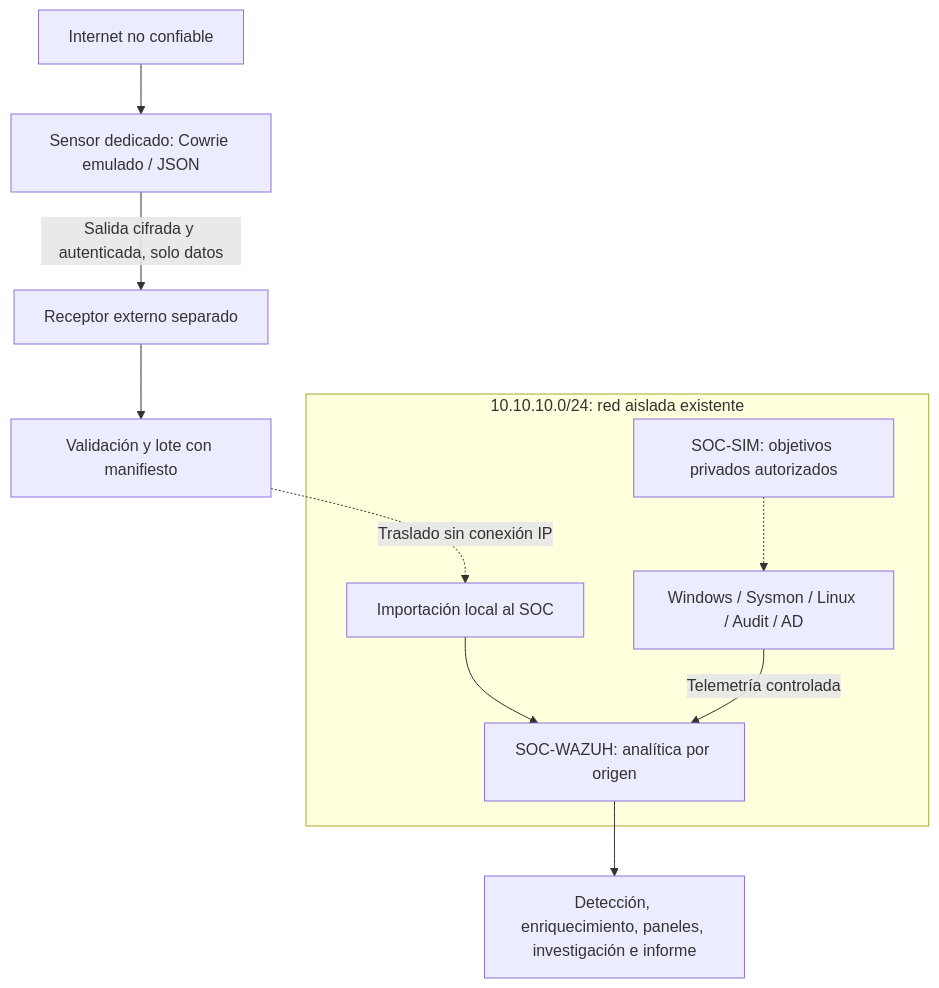
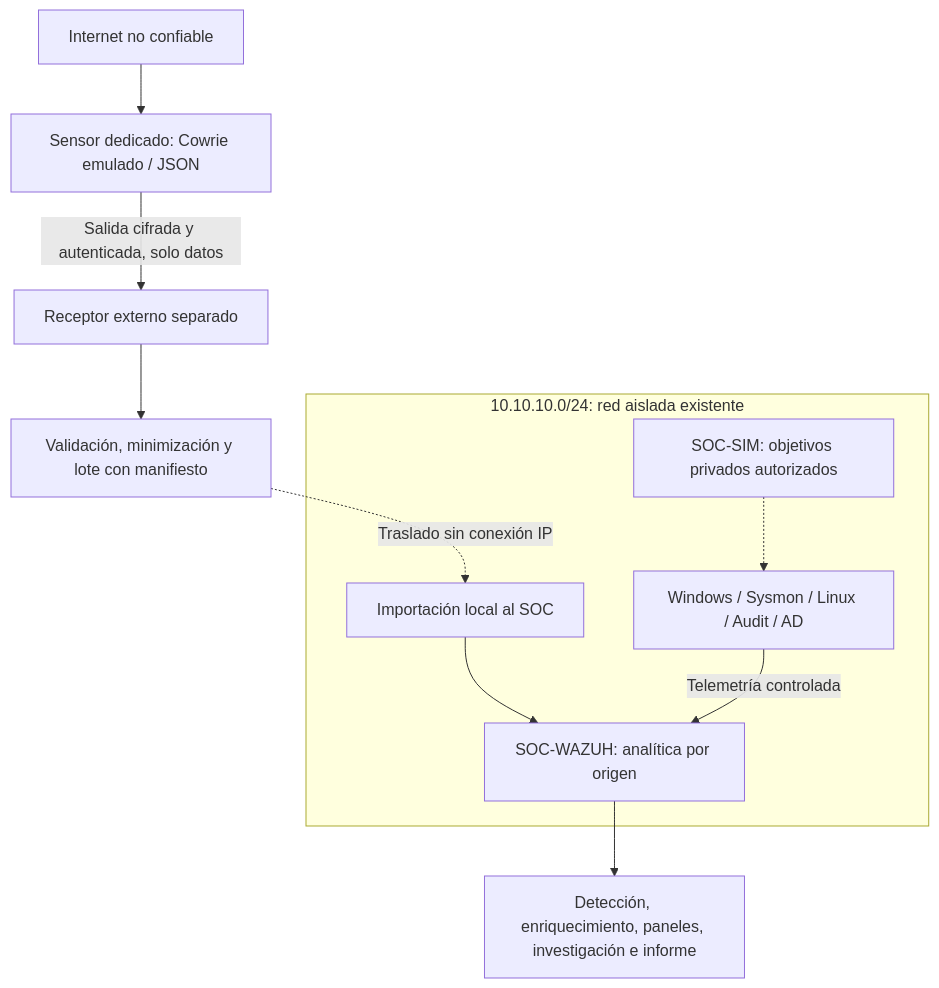
Before and after one commit to Alponses/SOC-Blue-Team-Lab: the diagram in docs/architecture.md, drawn with Mermaid. The commit also changed other lines of this file and 16 other files, not shown here.

Commit message:
docs: extend SOC lab with isolated Internet honeypot architecture

````diff
--- a/docs/architecture.md
+++ b/docs/architecture.md
@@ -19,13 +19,13 @@
 ```mermaid
 flowchart TB
     internet["Internet no confiable"] --> sensor["Sensor dedicado: Cowrie emulado / JSON"]
     sensor -->|"Salida cifrada y autenticada, solo datos"| relay["Receptor externo separado"]
-    relay --> transfer["Validación y lote con manifiesto"]
+    relay --> transfer["Validación, minimización y lote con manifiesto"]
     transfer -.->|"Traslado sin conexión IP"| imported["Importación local al SOC"]
     subgraph isolated["10.10.10.0/24: red aislada existente"]
         imported --> siem["SOC-WAZUH: analítica por origen"]
         endpoints["Windows / Sysmon / Linux / Audit / AD"] -->|"Telemetría controlada"| siem
         simulator["SOC-SIM: objetivos privados autorizados"] -.-> endpoints
     end
     siem --> result["Detección, enriquecimiento, paneles, investigación e informe"]
 ```
````
